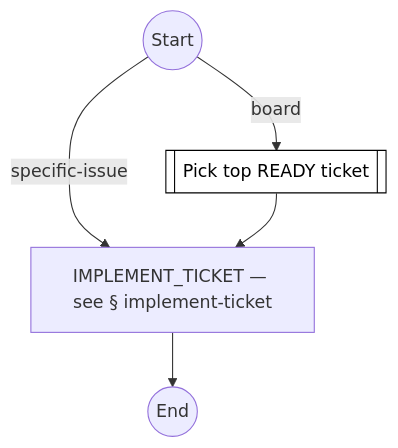
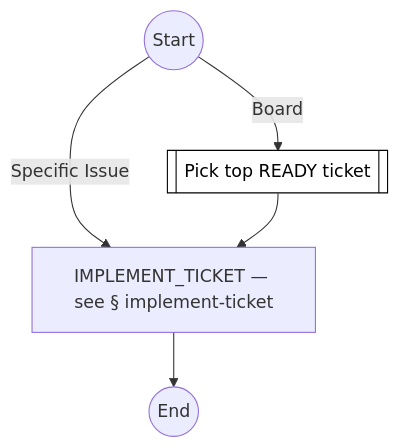
One commit to optivem/gh-optivem changed the second of 50 diagrams in docs/process-diagram.md. Above: the diagram before and after it, drawn with Mermaid. The commit also changed other lines of this file and 3 other files, not shown here.

````diff
--- a/docs/process-diagram.md
+++ b/docs/process-diagram.md
@@ -42,15 +42,15 @@
 ```mermaid
 flowchart TD
     END((End))
     IMPLEMENT_TICKET[IMPLEMENT_TICKET — see § implement-ticket]
     PICK_TOP_READY[[Pick top READY ticket]]
     START((Start))
 
-    START -- board --> PICK_TOP_READY
-    START -- specific-issue --> IMPLEMENT_TICKET
+    START -- Board --> PICK_TOP_READY
+    START -- Specific Issue --> IMPLEMENT_TICKET
     PICK_TOP_READY --> IMPLEMENT_TICKET
     IMPLEMENT_TICKET --> END
 
     classDef serviceNode fill:#ffffff,stroke:#000000,stroke-width:1px,color:#000000
     class PICK_TOP_READY serviceNode
 ```
````
